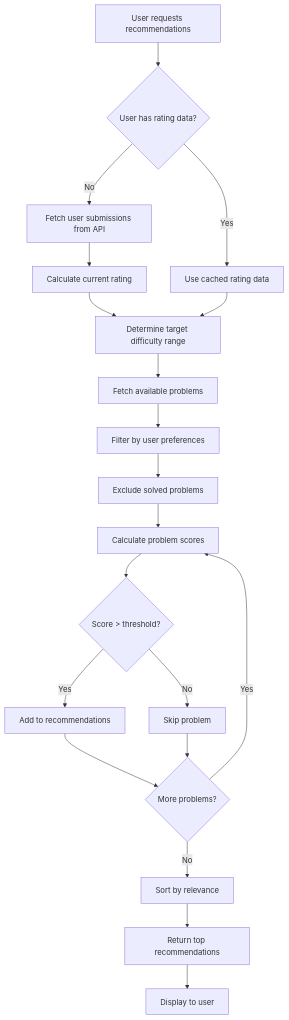
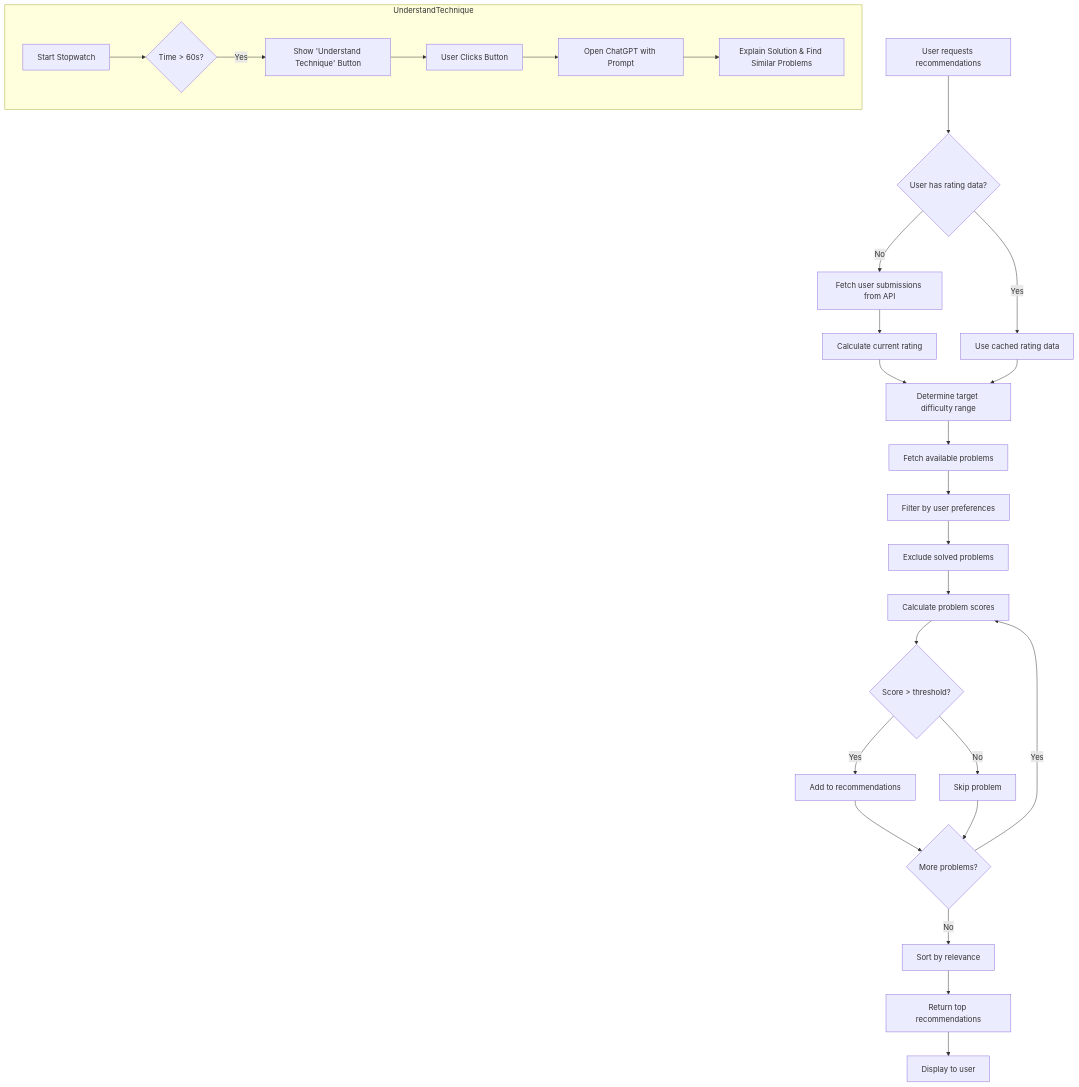
The diagram in .github/diagrams/activity-diagram.md (aftabnaik19/CF-Mentor), drawn with Mermaid before and after one commit. The commit also changed 8 other files, not shown here.

Commit message:
Recorded all the changes in documentation, minor feature in stopwatch to display notification in time boxed way

````diff
--- a/.github/diagrams/activity-diagram.md
+++ b/.github/diagrams/activity-diagram.md
@@ -3,28 +3,36 @@
 ```mermaid
 graph TD
     A[User requests recommendations] --> B{User has rating data?}
     B -->|No| C[Fetch user submissions from API]
     B -->|Yes| D[Use cached rating data]
 
     C --> E[Calculate current rating]
     E --> F[Determine target difficulty range]
 
     D --> F
 
     F --> G[Fetch available problems]
     G --> H[Filter by user preferences]
     H --> I[Exclude solved problems]
     I --> J[Calculate problem scores]
 
     J --> K{Score > threshold?}
     K -->|Yes| L[Add to recommendations]
     K -->|No| M[Skip problem]
 
     L --> N{More problems?}
     M --> N
 
     N -->|Yes| J
     N -->|No| O[Sort by relevance]
     O --> P[Return top recommendations]
     P --> Q[Display to user]
+
+    subgraph UnderstandTechnique
+        S1[Start Stopwatch] --> S2{Time > 60s?}
+        S2 -->|Yes| S3[Show 'Understand Technique' Button]
+        S3 --> S4[User Clicks Button]
+        S4 --> S5[Open ChatGPT with Prompt]
+        S5 --> S6[Explain Solution & Find Similar Problems]
+    end
 ```
````
